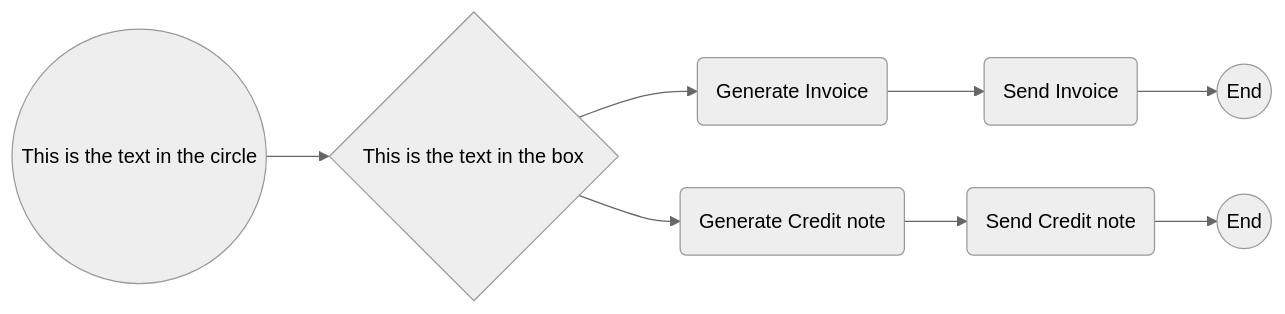
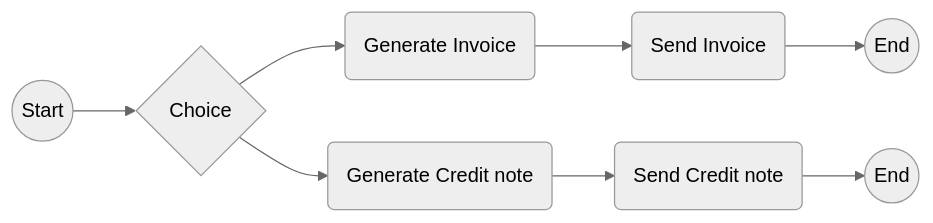
The second of 3 diagrams in Invoice_to_Payment_Process/Invoice_to_Payment_Process.md (peppolautoriteit-nl/Invoice-Processes-Draft), drawn with Mermaid (neutral theme) before and after one commit. The commit also changed other lines of this file, not shown here.

````diff
--- a/Invoice_to_Payment_Process/Invoice_to_Payment_Process.md
+++ b/Invoice_to_Payment_Process/Invoice_to_Payment_Process.md
@@ -53,10 +45,10 @@
 ```mermaid
 graph LR
-    A((This is the text in the circle))-->B{This is the text in the box}
-    B-->C(Generate Invoice)
-    C-->E(Send Invoice)
-    E-->F((End))
-    B-->D(Generate Credit note)
-    D-->G(Send Credit note)
-    G-->H((End))
+	A((Start))-->B{Choice}
+	B-->C(Generate Invoice)
+	C-->E(Send Invoice)
+	E-->F((End))
+	B-->D(Generate Credit note)
+	D-->G(Send Credit note)
+	G-->H((End))
 ```
````
